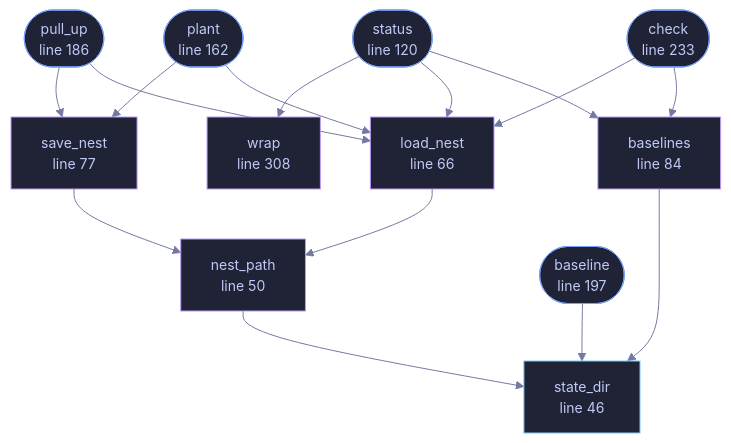
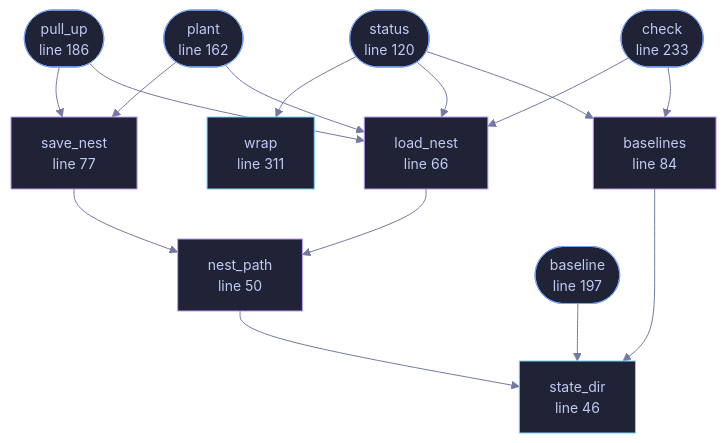
Before and after one commit to tilas01/veilvoice: the diagram in docs/files/veilvoice-cli/sentry.md, drawn with Mermaid. The commit also changed other lines of this file and 68 other files, not shown here.

````diff
--- a/docs/files/veilvoice-cli/sentry.md
+++ b/docs/files/veilvoice-cli/sentry.md
@@ -87,46 +87,46 @@
 ```mermaid
 %%{init: {"theme":"base","themeVariables":{"background":"#1a1b26","primaryColor":"#1f2335","primaryTextColor":"#c0caf5","primaryBorderColor":"#7aa2f7","secondaryColor":"#16161e","tertiaryColor":"#16161e","lineColor":"#737aa2","textColor":"#c0caf5","mainBkg":"#1f2335","nodeBorder":"#7aa2f7","clusterBkg":"#16161e","clusterBorder":"#2f3549","fontFamily":"ui-monospace, SFMono-Regular, Consolas, monospace","fontSize":"14px"}}}%%
 flowchart TD
     n_state_dir["state_dir<br/>line 46"]
     n_nest_path["nest_path<br/>line 50"]
     n_load_nest["load_nest<br/>line 66"]
     n_save_nest["save_nest<br/>line 77"]
     n_baselines["baselines<br/>line 84"]
     n_status(["status<br/>line 120"])
     n_plant(["plant<br/>line 162"])
     n_pull_up(["pull_up<br/>line 186"])
     n_baseline(["baseline<br/>line 197"])
     n_check(["check<br/>line 233"])
-    n_wrap["wrap<br/>line 308"]
+    n_wrap["wrap<br/>line 311"]
     n_baseline --> n_state_dir
     n_baselines --> n_state_dir
     n_check --> n_baselines
     n_check --> n_load_nest
     n_load_nest --> n_nest_path
     n_nest_path --> n_state_dir
     n_plant --> n_load_nest
     n_plant --> n_save_nest
     n_pull_up --> n_load_nest
     n_pull_up --> n_save_nest
     n_save_nest --> n_nest_path
     n_status --> n_baselines
     n_status --> n_load_nest
     n_status --> n_wrap
     click n_state_dir href "https://github.com/tilas01/veilvoice/blob/main/crates/veilvoice-cli/src/sentry.rs#L46" "open the source"
     click n_nest_path href "https://github.com/tilas01/veilvoice/blob/main/crates/veilvoice-cli/src/sentry.rs#L50" "open the source"
     click n_load_nest href "https://github.com/tilas01/veilvoice/blob/main/crates/veilvoice-cli/src/sentry.rs#L66" "open the source"
     click n_save_nest href "https://github.com/tilas01/veilvoice/blob/main/crates/veilvoice-cli/src/sentry.rs#L77" "open the source"
     click n_baselines href "https://github.com/tilas01/veilvoice/blob/main/crates/veilvoice-cli/src/sentry.rs#L84" "open the source"
     click n_status href "https://github.com/tilas01/veilvoice/blob/main/crates/veilvoice-cli/src/sentry.rs#L120" "open the source"
     click n_plant href "https://github.com/tilas01/veilvoice/blob/main/crates/veilvoice-cli/src/sentry.rs#L162" "open the source"
     click n_pull_up href "https://github.com/tilas01/veilvoice/blob/main/crates/veilvoice-cli/src/sentry.rs#L186" "open the source"
     click n_baseline href "https://github.com/tilas01/veilvoice/blob/main/crates/veilvoice-cli/src/sentry.rs#L197" "open the source"
     click n_check href "https://github.com/tilas01/veilvoice/blob/main/crates/veilvoice-cli/src/sentry.rs#L233" "open the source"
-    click n_wrap href "https://github.com/tilas01/veilvoice/blob/main/crates/veilvoice-cli/src/sentry.rs#L308" "open the source"
+    click n_wrap href "https://github.com/tilas01/veilvoice/blob/main/crates/veilvoice-cli/src/sentry.rs#L311" "open the source"
     classDef entry fill:#1f2335,stroke:#7aa2f7,color:#c0caf5
     class n_status,n_plant,n_pull_up,n_baseline,n_check entry
     classDef api fill:#1f2335,stroke:#7dcfff,color:#c0caf5
-    class n_state_dir api
+    class n_state_dir,n_wrap api
     classDef helper fill:#1f2335,stroke:#bb9af7,color:#c0caf5
-    class n_nest_path,n_load_nest,n_save_nest,n_baselines,n_wrap helper
+    class n_nest_path,n_load_nest,n_save_nest,n_baselines helper
 ```
````
